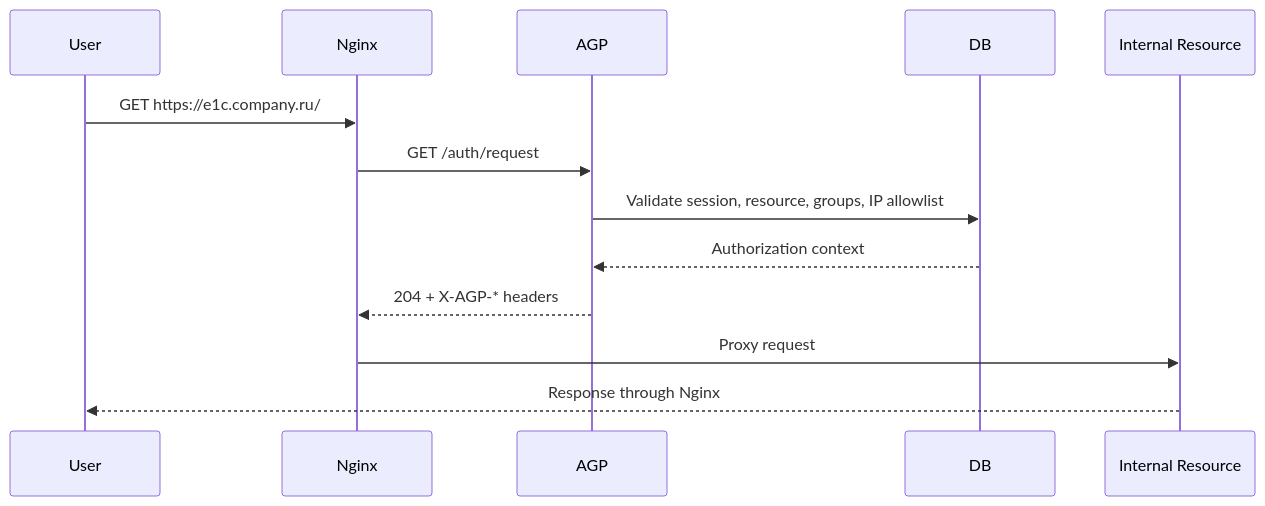
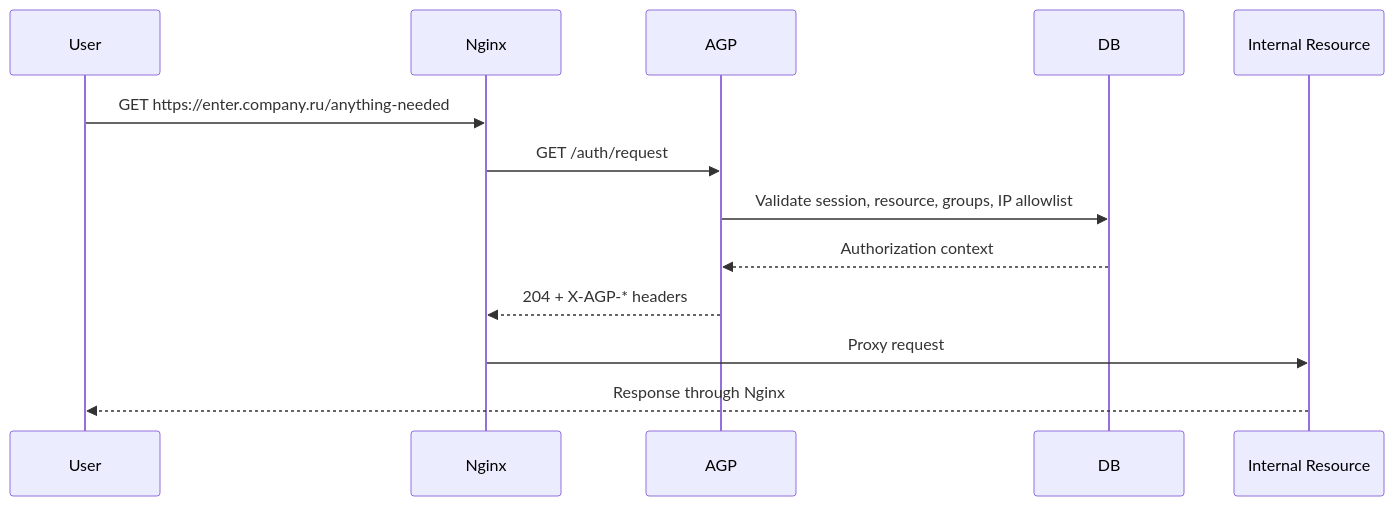
One commit to netwizd/agp changed the diagram in docs/architecture.md. Above: the diagram before and after it, drawn with Mermaid. The commit also changed 8 other files, not shown here.

````diff
--- a/docs/architecture.md
+++ b/docs/architecture.md
@@ -21,16 +21,16 @@
 ```mermaid
 sequenceDiagram
     participant User
     participant Nginx
     participant AGP
     participant DB
     participant Internal as Internal Resource
 
-    User->>Nginx: GET https://e1c.company.ru/
+    User->>Nginx: GET https://enter.company.ru/anything-needed
     Nginx->>AGP: GET /auth/request
     AGP->>DB: Validate session, resource, groups, IP allowlist
     DB-->>AGP: Authorization context
     AGP-->>Nginx: 204 + X-AGP-* headers
     Nginx->>Internal: Proxy request
     Internal-->>User: Response through Nginx
 ```
````
